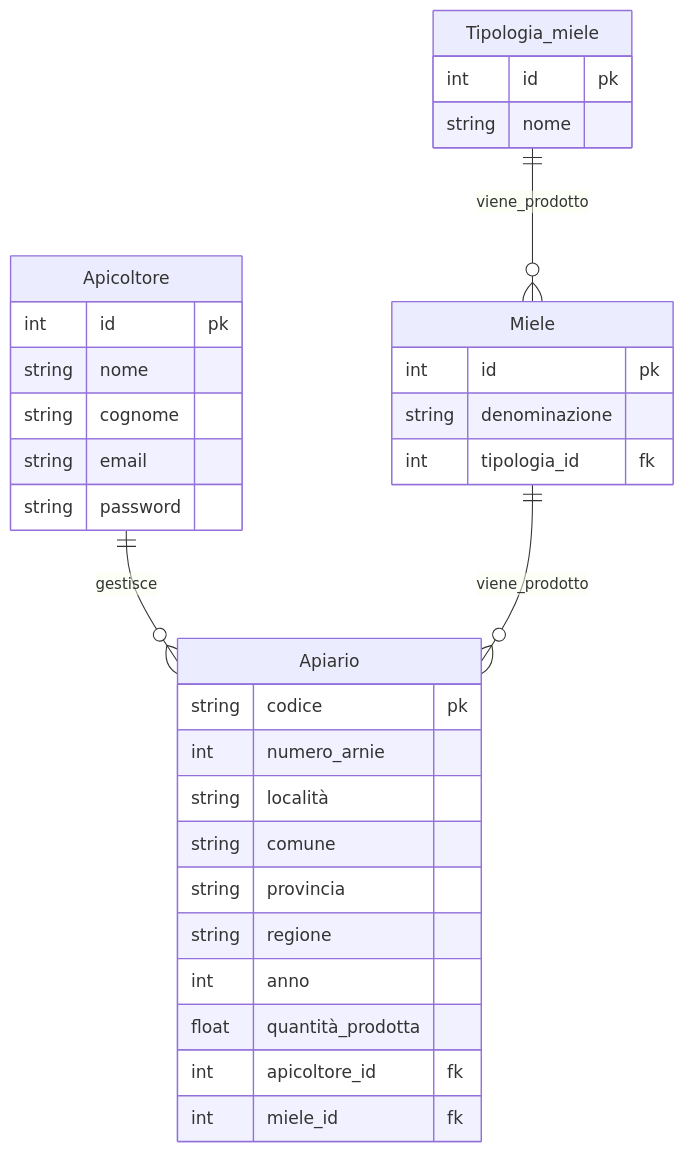
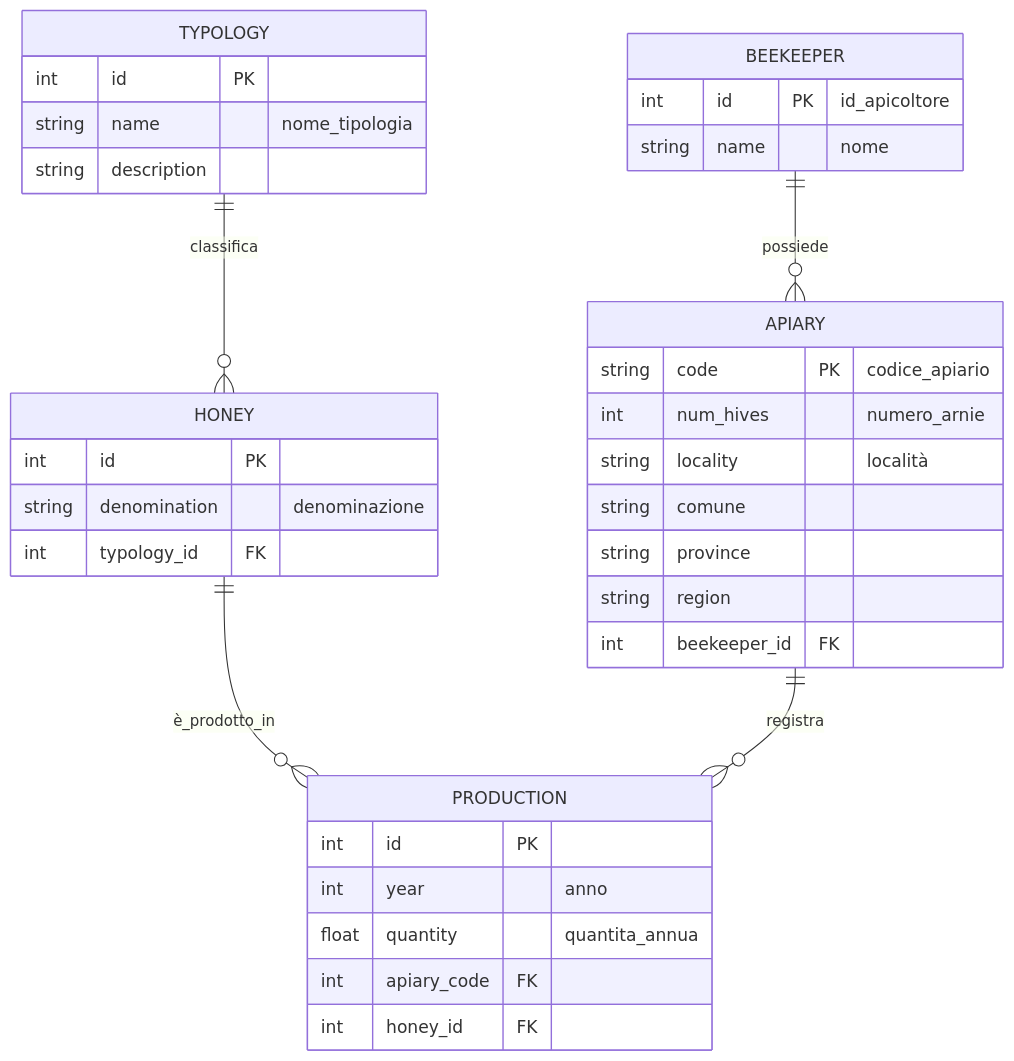
One commit to MarcoArlotti/ssh_sync_5a changed the diagram in arlotti_2/es.md. Above: the diagram before and after it, drawn with Mermaid. The commit also changed 1 other file, not shown here.

````diff
--- a/arlotti_2/es.md
+++ b/arlotti_2/es.md
@@ -1,37 +1,44 @@
 ```mermaid
 
 erDiagram
-    Apicoltore ||--o{ Apiario : gestisce
-    Miele ||--o{ Apiario : viene_prodotto
-    Tipologia_miele ||--o{ Miele : viene_prodotto
-
-    Apicoltore {
-        int id pk
-        string nome
-        string cognome
-        string email
-        string password
+    BEEKEEPER {
+        int id PK "id_apicoltore"
+        string name "nome"
     }
 
-    Apiario {
-        string codice pk
-        int numero_arnie
-        string località
+    TYPOLOGY {
+        int id PK
+        string name "nome_tipologia"
+        string description
+    }
+
+    HONEY {
+        int id PK
+        string denomination "denominazione"
+        int typology_id FK
+    }
+
+    APIARY {
+        string code PK "codice_apiario"
+        int num_hives "numero_arnie"
+        string locality "località"
         string comune
-        string provincia
-        string regione
-        int anno
-        float quantità_prodotta
-        int apicoltore_id fk
-        int miele_id fk
+        string province
+        string region
+        int beekeeper_id FK
     }
-    Miele {
-        int id pk
-        string denominazione
-        int tipologia_id fk
+
+    PRODUCTION {
+        int id PK
+        int year "anno"
+        float quantity "quantita_annua"
+        int apiary_code FK
+        int honey_id FK
     }
-    Tipologia_miele {
-        int id pk
-        string nome
-    }
+
+    %% Relationships
+    BEEKEEPER ||--o{ APIARY : "possiede"
+    TYPOLOGY ||--o{ HONEY : "classifica"
+    HONEY ||--o{ PRODUCTION : "è_prodotto_in"
+    APIARY ||--o{ PRODUCTION : "registra"
 ```
````
